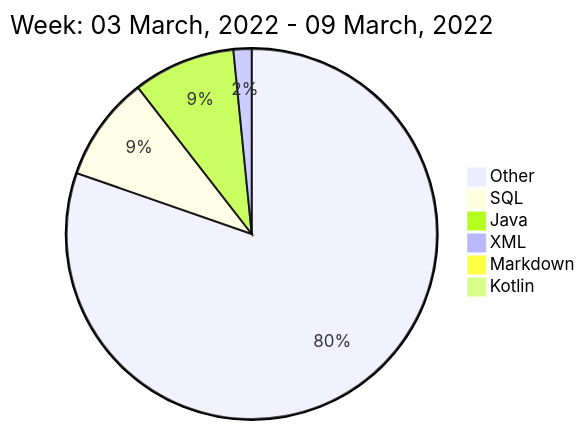
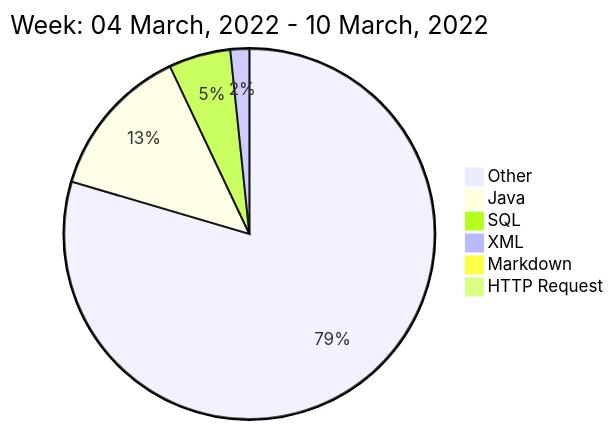
The diagram in README.md (liubin95/liubin95), drawn with Mermaid before and after one commit.

Commit message:
Updated the Graph with new Metrics

````diff
--- a/README.md
+++ b/README.md
@@ -42,10 +42,10 @@
 ```mermaid
  pie
-title Week: 03 March, 2022 - 09 March, 2022
- "Other" : 24.3
- "SQL" : 2.77
- "Java" : 2.7
- "XML" : 0.48
+title Week: 04 March, 2022 - 10 March, 2022
+ "Other" : 25.07
+ "Java" : 4.22
+ "SQL" : 1.7
+ "XML" : 0.52
  "Markdown" : 0.03
- "Kotlin" : 0.02
+ "HTTP Request" : 0.03
 ```
````
